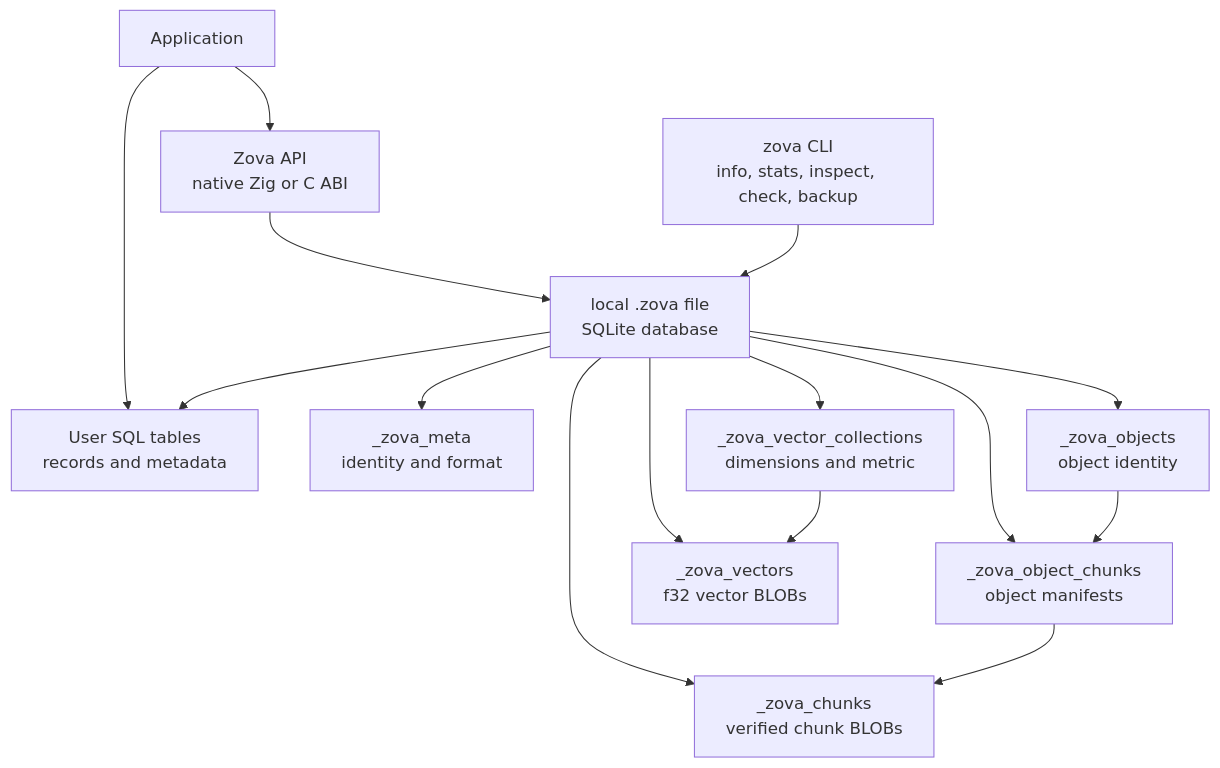
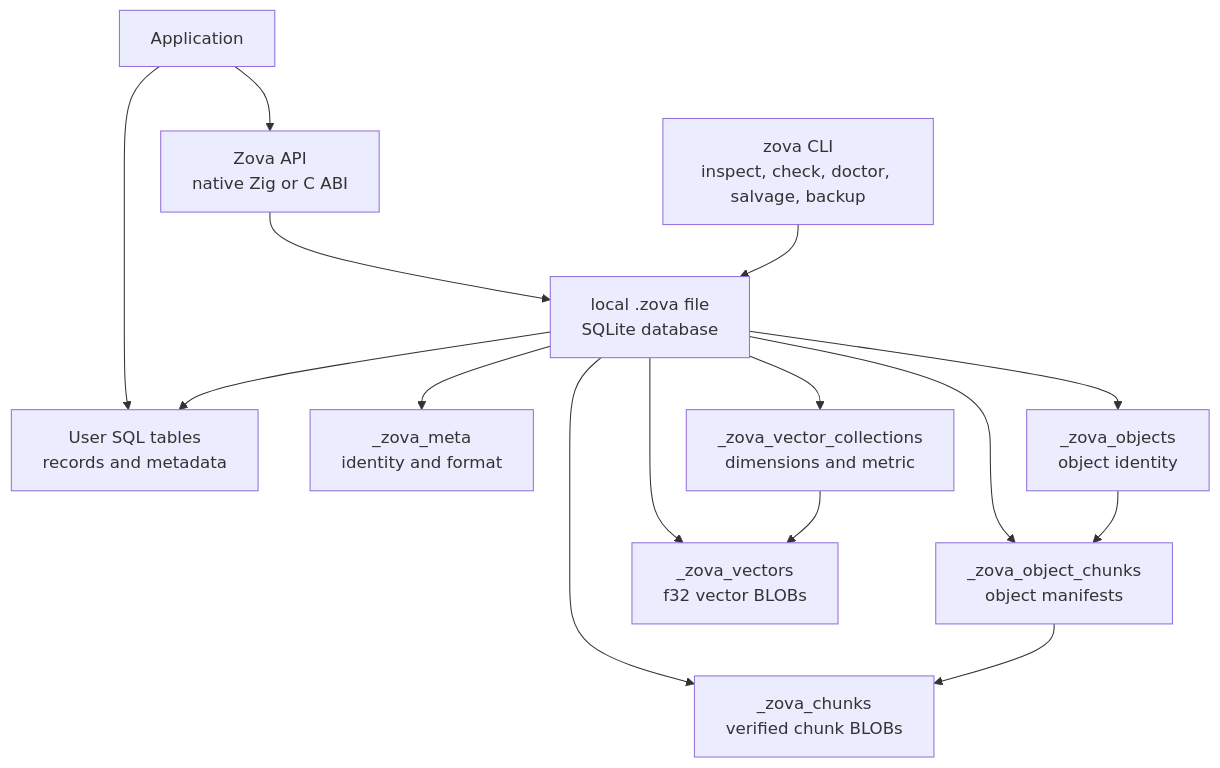
The diagram in README.md (ata-sesli/zova), drawn with Mermaid before and after one commit. The commit also changed other lines of this file and 19 other files, not shown here.

Commit message:
feat(cli): add doctor and salvage recovery commands

````diff
--- a/README.md
+++ b/README.md
@@ -58,29 +59,29 @@
 ```mermaid
 flowchart TD
     App["Application"]
     SQL["User SQL tables<br/>records and metadata"]
     ZovaAPI["Zova API<br/>native Zig or C ABI"]
-    CLI["zova CLI<br/>info, stats, inspect, check, backup"]
+    CLI["zova CLI<br/>inspect, check, doctor, salvage, backup"]
     DB["local .zova file<br/>SQLite database"]
     Meta["_zova_meta<br/>identity and format"]
     Objects["_zova_objects<br/>object identity"]
     Chunks["_zova_chunks<br/>verified chunk BLOBs"]
     Manifest["_zova_object_chunks<br/>object manifests"]
     VecCols["_zova_vector_collections<br/>dimensions and metric"]
     Vecs["_zova_vectors<br/>f32 vector BLOBs"]
 
     App --> SQL
     App --> ZovaAPI
     ZovaAPI --> DB
     CLI --> DB
     DB --> SQL
     DB --> Meta
     DB --> Objects
     DB --> Chunks
     DB --> Manifest
     DB --> VecCols
     DB --> Vecs
     Objects --> Manifest
     Manifest --> Chunks
     VecCols --> Vecs
 ```
````
